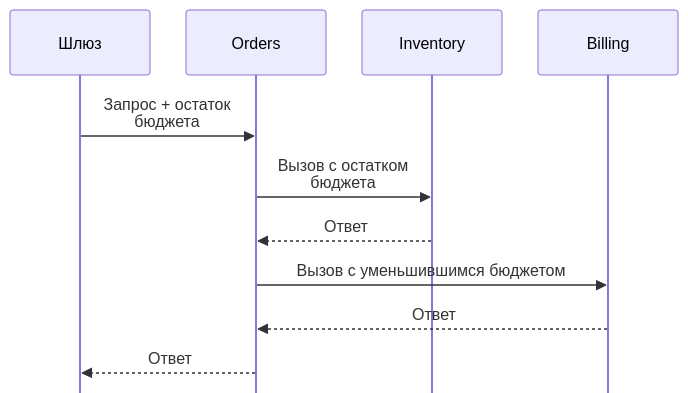
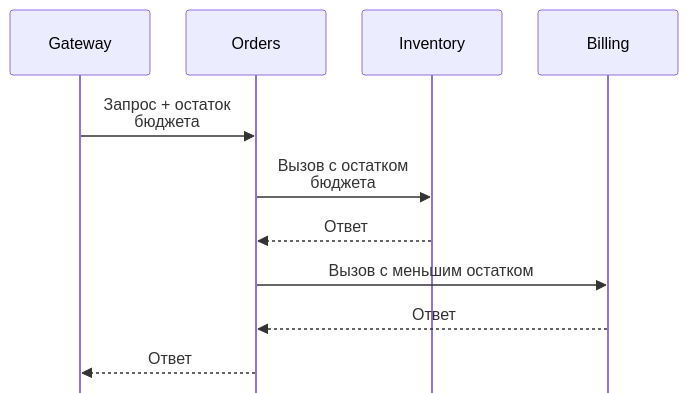
The diagram in translations/ru/blog/posts/2026-09-06-timeouts-are-not-deadlines.md (bedrock-python/bedrock-python.github.io), drawn with Mermaid before and after one commit. The commit also changed other lines of this file and 682 other files, not shown here.

````diff
--- a/translations/ru/blog/posts/2026-09-06-timeouts-are-not-deadlines.md
+++ b/translations/ru/blog/posts/2026-09-06-timeouts-are-not-deadlines.md
@@ -167,26 +197,26 @@
 ```mermaid
 ---
 config:
   theme: default
   look: classic
   sequence:
     useMaxWidth: false
     wrap: true
     width: 140
     actorMargin: 36
     mirrorActors: false
 ---
 sequenceDiagram
-    accTitle: Передавайте остаток времени вместо нового таймаута
-    accDescr: Каждый исходящий вызов ограничен остатком времени входящего запроса. Работа и повторные попытки расходуют один общий бюджет.
- participant G as Шлюз
+    accTitle: Передавайте остаток времени, а не новый таймаут
+    accDescr: Каждый исходящий вызов получает столько времени, сколько осталось у входящего запроса. Работа и повторы тратят один общий бюджет.
+ participant G as Gateway
  participant O as Orders
  participant I as Inventory
  participant B as Billing
  G->>O: Запрос + остаток бюджета
  O->>I: Вызов с остатком бюджета
  I-->>O: Ответ
- O->>B: Вызов с уменьшившимся бюджетом
+ O->>B: Вызов с меньшим остатком
  B-->>O: Ответ
  O-->>G: Ответ
 ```
````
